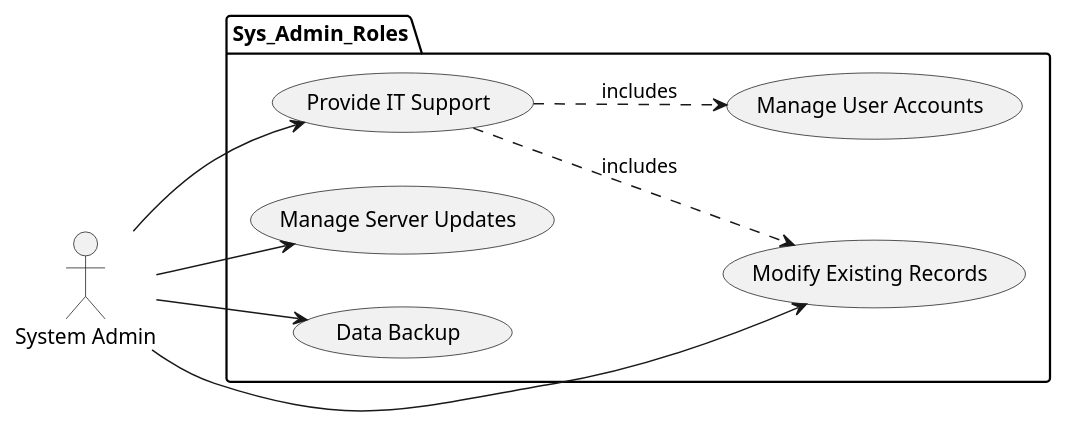
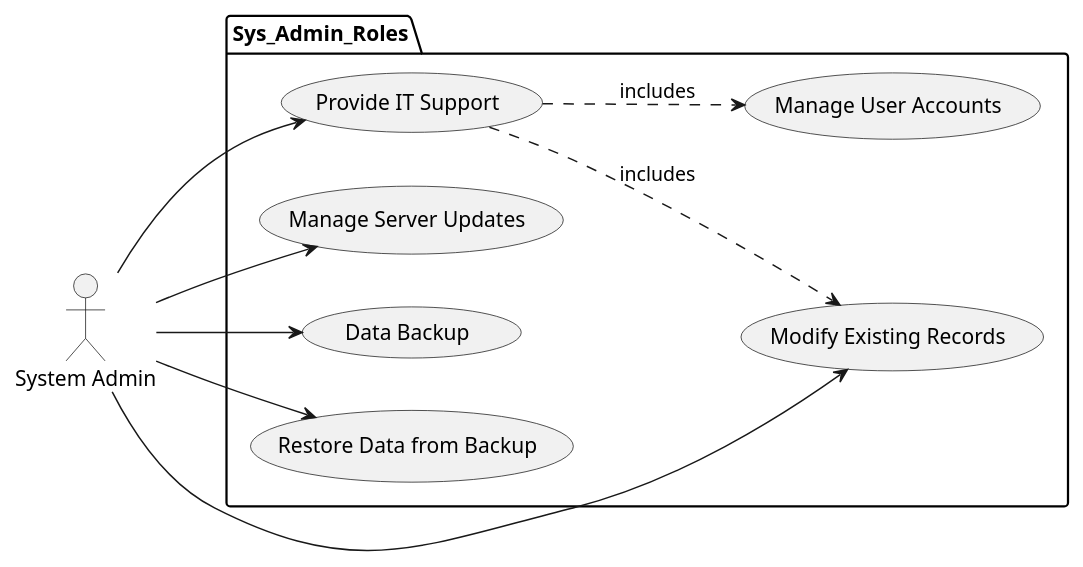
One commit to SENG-350-2024-fall/Team-1 changed the diagram in Milestone 1/System Administrator/SysAdmin_diagram.puml. Above: the diagram before and after it, drawn with PlantUML. The commit also changed 1 other file, not shown here.

Commit message:
Revised Use Cases from peer feedback and updated diagram accordingly

```diff
--- a/Milestone 1/System Administrator/SysAdmin_diagram.puml
+++ b/Milestone 1/System Administrator/SysAdmin_diagram.puml
@@ -1,17 +1,18 @@
 @startuml
 left to right direction
 
 actor "System Admin" as SysAdmin
 
 package Sys_Admin_Roles{
     SysAdmin --> (Provide IT Support)
     SysAdmin --> (Manage Server Updates) 
     SysAdmin --> (Modify Existing Records)
     SysAdmin --> (Data Backup)
+    SysAdmin --> (Restore Data from Backup)
 
 	(Provide IT Support) ..> (Manage User Accounts): "includes" 
 	(Provide IT Support) ..> (Modify Existing Records): "includes" 
 
 }
 
 @enduml
```
